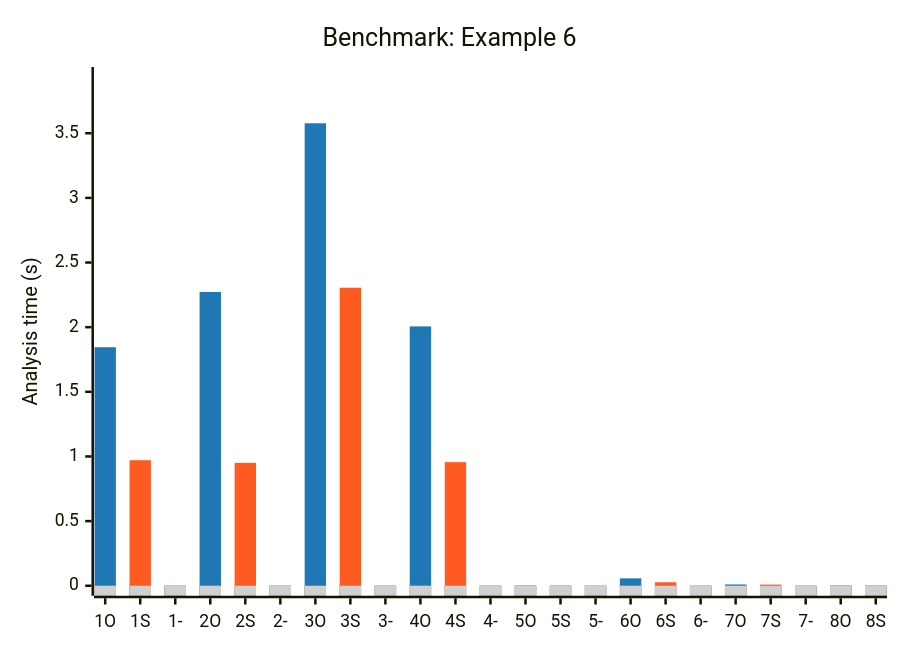
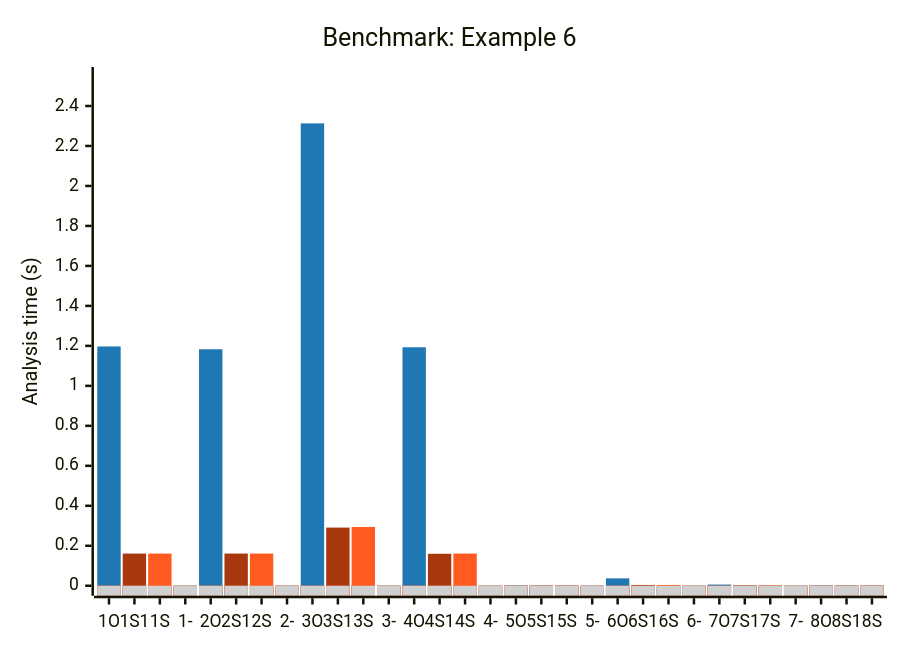
One commit to NathanaelRea/Strut changed the ninth of 9 diagrams in docs/benchmark-opensees-examples.md. Above: the diagram before and after it, drawn with Mermaid. The commit also changed other lines of this file and 66 other files, not shown here.

````diff
--- a/docs/benchmark-opensees-examples.md
+++ b/docs/benchmark-opensees-examples.md
@@ -136,15 +232,16 @@
 ```mermaid
 ---
 config:
   themeVariables:
     xyChart:
-      plotColorPalette: '#1f77b4, #FF5A1F, #d0d0d0'
+      plotColorPalette: '#1f77b4, #a8390f, #FF5A1F, #d0d0d0'
 ---
 xychart-beta
     title "Benchmark: Example 6"
-    x-axis ["1O", "1S", "1-", "2O", "2S", "2-", "3O", "3S", "3-", "4O", "4S", "4-", "5O", "5S", "5-", "6O", "6S", "6-", "7O", "7S", "7-", "8O", "8S"]
-    y-axis "Analysis time (s)" 0 --> 3.935
-    bar "OS" [1.845, 0.0, 0.0, 2.272, 0.0, 0.0, 3.577, 0.0, 0.0, 2.006, 0.0, 0.0, 0.001, 0.0, 0.0, 0.057, 0.0, 0.0, 0.010, 0.0, 0.0, 0.001, 0.0]
-    bar "STR" [0.0, 0.971, 0.0, 0.0, 0.951, 0.0, 0.0, 2.305, 0.0, 0.0, 0.956, 0.0, 0.0, 0.001, 0.0, 0.0, 0.027, 0.0, 0.0, 0.009, 0.0, 0.0, 0.001]
-    bar "mask" [0.0, 0.0, 0.0, 0.0, 0.0, 0.0, 0.0, 0.0, 0.0, 0.0, 0.0, 0.0, 0.0, 0.0, 0.0, 0.0, 0.0, 0.0, 0.0, 0.0, 0.0, 0.0, 0.0]
+    x-axis ["1O", "1S1", "1S", "1-", "2O", "2S1", "2S", "2-", "3O", "3S1", "3S", "3-", "4O", "4S1", "4S", "4-", "5O", "5S1", "5S", "5-", "6O", "6S1", "6S", "6-", "7O", "7S1", "7S", "7-", "8O", "8S1", "8S"]
+    y-axis "Analysis time (s)" 0 --> 2.545
+    bar "OS" [1.197, 0.0, 0.0, 0.0, 1.183, 0.0, 0.0, 0.0, 2.313, 0.0, 0.0, 0.0, 1.193, 0.0, 0.0, 0.0, 0.001, 0.0, 0.0, 0.0, 0.037, 0.0, 0.0, 0.0, 0.006, 0.0, 0.0, 0.0, 0.001, 0.0, 0.0]
+    bar "STR1" [0.0, 0.161, 0.0, 0.0, 0.0, 0.161, 0.0, 0.0, 0.0, 0.291, 0.0, 0.0, 0.0, 0.160, 0.0, 0.0, 0.0, 0.001, 0.0, 0.0, 0.0, 0.004, 0.0, 0.0, 0.0, 0.002, 0.0, 0.0, 0.0, 0.001, 0.0]
+    bar "STR" [0.0, 0.0, 0.161, 0.0, 0.0, 0.0, 0.161, 0.0, 0.0, 0.0, 0.294, 0.0, 0.0, 0.0, 0.161, 0.0, 0.0, 0.0, 0.001, 0.0, 0.0, 0.0, 0.004, 0.0, 0.0, 0.0, 0.002, 0.0, 0.0, 0.0, 0.001]
+    bar "mask" [0.0, 0.0, 0.0, 0.0, 0.0, 0.0, 0.0, 0.0, 0.0, 0.0, 0.0, 0.0, 0.0, 0.0, 0.0, 0.0, 0.0, 0.0, 0.0, 0.0, 0.0, 0.0, 0.0, 0.0, 0.0, 0.0, 0.0, 0.0, 0.0, 0.0, 0.0]
 ```
````
